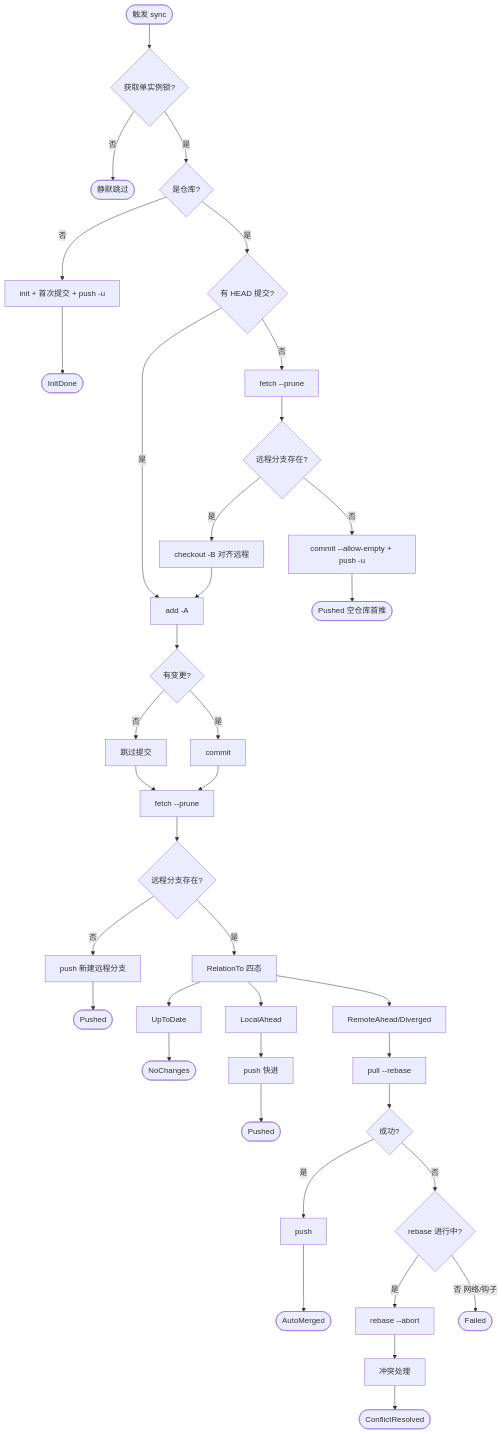
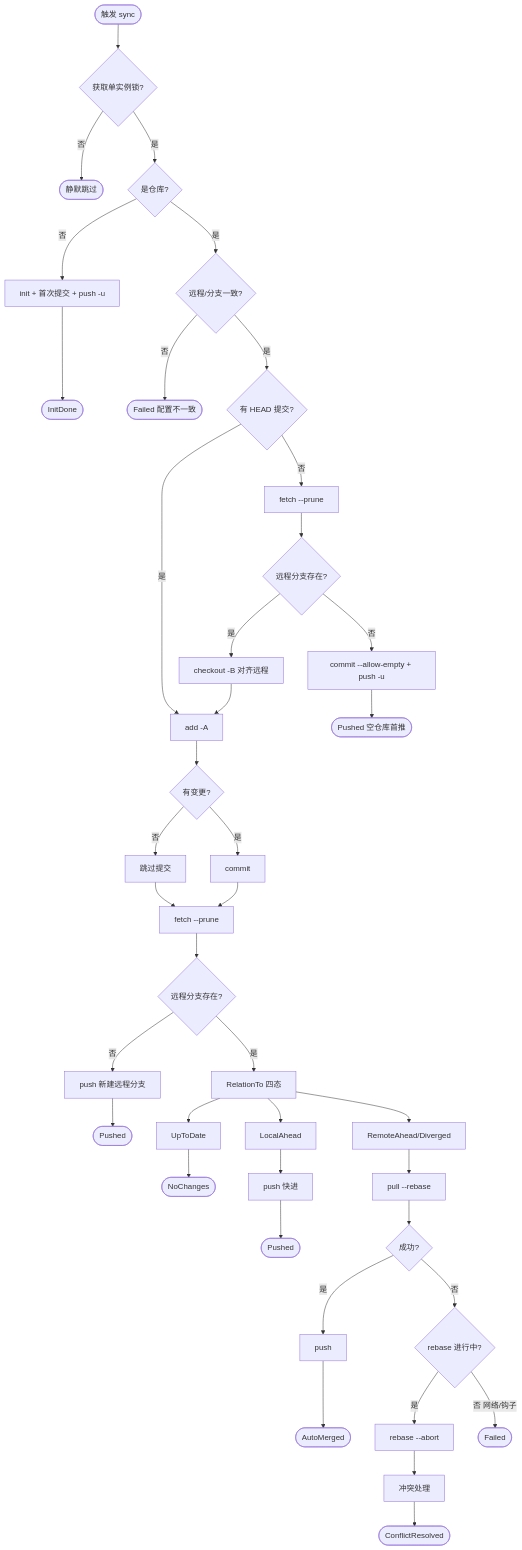
One commit to int2t05/AutoSync changed the first of 4 diagrams in docs/flow.md. Above: the diagram before and after it, drawn with Mermaid. The commit also changed other lines of this file and 4 other files, not shown here.

````diff
--- a/docs/flow.md
+++ b/docs/flow.md
@@ -7,40 +7,42 @@
 ```mermaid
 flowchart TD
   START([触发 sync]) --> LOCK{获取单实例锁?}
   LOCK -->|否| SKIP([静默跳过])
   LOCK -->|是| ISREPO{是仓库?}
   ISREPO -->|否| INIT[init + 首次提交 + push -u]
   INIT --> DONE1([InitDone])
-  ISREPO -->|是| HASHEAD{有 HEAD 提交?}
+  ISREPO -->|是| VERIFY{远程/分支一致?}
+  VERIFY -->|否| FAILC([Failed 配置不一致])
+  VERIFY -->|是| HASHEAD{有 HEAD 提交?}
   HASHEAD -->|否| FETCH2[fetch --prune]
   FETCH2 --> EXIST2{远程分支存在?}
   EXIST2 -->|是| CO[checkout -B 对齐远程]
   CO --> ADD
   EXIST2 -->|否| PUSHFIRST[commit --allow-empty + push -u]
   PUSHFIRST --> DONE7([Pushed 空仓库首推])
   HASHEAD -->|是| ADD[add -A]
   ADD --> CHG{有变更?}
   CHG -->|是| COMMIT[commit]
   CHG -->|否| NOCOMMIT[跳过提交]
   COMMIT --> FETCH[fetch --prune]
   NOCOMMIT --> FETCH
   FETCH --> EXIST{远程分支存在?}
   EXIST -->|否| PUSHDIRECT[push 新建远程分支]
   PUSHDIRECT --> DONE2([Pushed])
   EXIST -->|是| REL[RelationTo 四态]
   REL --> U[UpToDate]
   REL --> LA[LocalAhead]
   REL --> RA[RemoteAhead/Diverged]
   U --> DONE3([NoChanges])
   LA --> PUSHPUSH[push 快进]
   PUSHPUSH --> DONE4([Pushed])
   RA --> REBASE[pull --rebase]
   REBASE --> OK{成功?}
   OK -->|是| PUSHMERGE[push]
   PUSHMERGE --> DONE5([AutoMerged])
   OK -->|否| RB{rebase 进行中?}
   RB -->|是| ABORT[rebase --abort]
   ABORT --> CONFLICT[冲突处理]
   CONFLICT --> DONE6([ConflictResolved])
   RB -->|否 网络/钩子| FAIL1([Failed])
 ```
````
